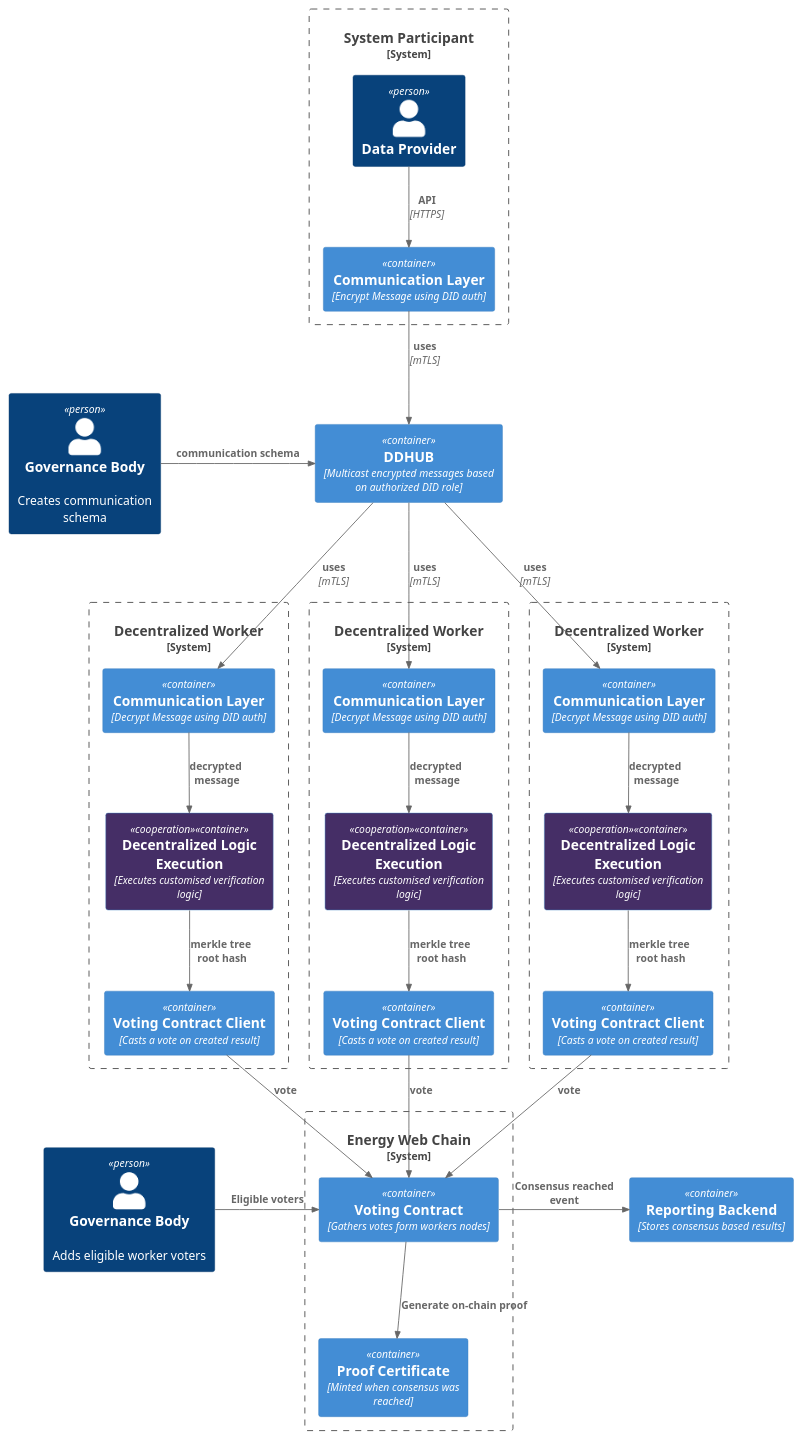
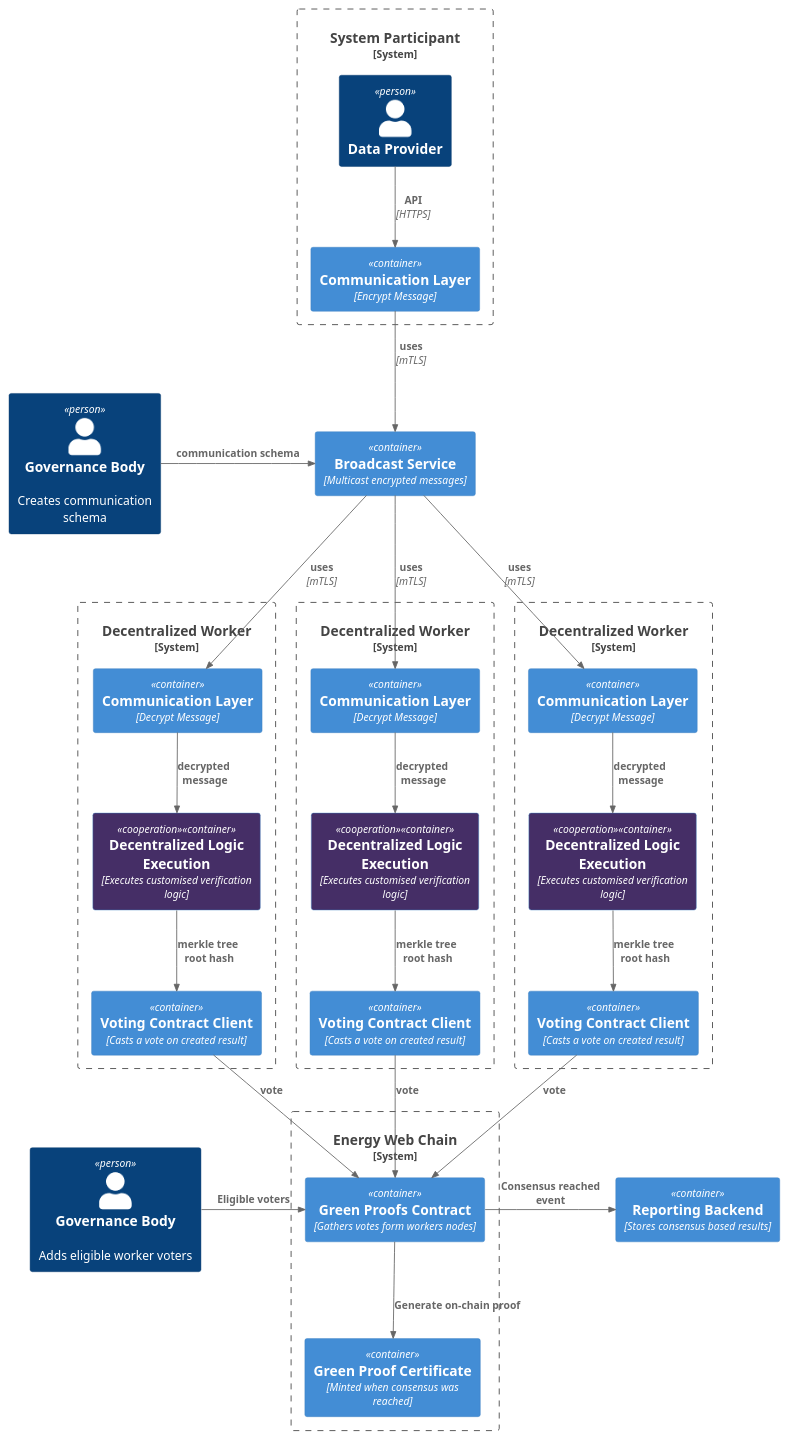
One commit to energywebfoundation/worker-contract changed the diagram in architecture/green_proofs.plantuml. Above: the diagram before and after it, drawn with PlantUML. The commit also changed 82 other files, not shown here.

```diff
--- a/architecture/green_proofs.plantuml
+++ b/architecture/green_proofs.plantuml
@@ -1,65 +1,65 @@
 @startuml GreenProofs
 !include https://raw.githubusercontent.com/plantuml-stdlib/C4-PlantUML/master/C4_Container.puml
 
 AddElementTag("cooperation", $bgColor="#452E66")
 
-Container(ddhub, "DDHUB", "Multicast encrypted messages based on authorized DID role")
+Container(broadcast, "Broadcast Service", "Multicast encrypted messages")
 Container(cache, "Reporting Backend", "Stores consensus based results")
 
 System_Boundary(participant1, "System Participant") {
   Person(provider, "Data Provider")
-  Container(communication_client1, "Communication Layer", "Encrypt Message using DID auth" )
+  Container(communication_client1, "Communication Layer", "Encrypt Message" )
 }
 
 Person(gov, "Governance Body", "Creates communication schema")
 Person(gov_1, "Governance Body", "Adds eligible worker voters")
 
 System_Boundary(worker_node1, "Decentralized Worker") {
-  Container(communication1, "Communication Layer", "Decrypt Message using DID auth" )
+  Container(communication1, "Communication Layer", "Decrypt Message" )
   Container(worker1, "Decentralized Logic Execution", "Executes customised verification logic", $tags="cooperation")
   Container(contractClient1, "Voting Contract Client", "Casts a vote on created result")
 }
 
 System_Boundary(worker_node2, "Decentralized Worker") {
-  Container(communication2, "Communication Layer", "Decrypt Message using DID auth" )
+  Container(communication2, "Communication Layer", "Decrypt Message" )
   Container(worker2, "Decentralized Logic Execution", "Executes customised verification logic", $tags="cooperation")
   Container(contractClient2, "Voting Contract Client", "Casts a vote on created result")
 }
 
 System_Boundary(worker_node3, "Decentralized Worker") {
-  Container(communication3, "Communication Layer", "Decrypt Message using DID auth" )
+  Container(communication3, "Communication Layer", "Decrypt Message" )
   Container(worker3, "Decentralized Logic Execution", "Executes customised verification logic", $tags="cooperation")
   Container(contractClient3, "Voting Contract Client", "Casts a vote on created result")
 }
 
 System_Boundary(ewc, "Energy Web Chain") {
-  Container(votingContract, "Voting Contract", "Gathers votes form workers nodes")
-  Container(nft, "Proof Certificate", "Minted when consensus was reached")
+  Container(votingContract, "Green Proofs Contract", "Gathers votes form workers nodes")
+  Container(nft, "Green Proof Certificate", "Minted when consensus was reached")
 }
 
 Rel(provider, communication_client1, "API", "HTTPS")
-Rel(communication_client1, ddhub, "uses", "mTLS")
+Rel(communication_client1, broadcast, "uses", "mTLS")
 
-Rel_R(gov, ddhub, "communication schema")
+Rel_R(gov, broadcast, "communication schema")
 
 Rel(communication1, worker1, "decrypted\n message")
 Rel(worker1, contractClient1, "merkle tree\n root hash")
 Rel(contractClient1, votingContract, "vote")
-Rel(ddhub, communication1, "uses", "mTLS")
+Rel(broadcast, communication1, "uses", "mTLS")
 
 Rel(communication2, worker2, "decrypted\n message")
 Rel(worker2, contractClient2, "merkle tree\n root hash")
 Rel(contractClient2, votingContract, "vote")
-Rel(ddhub, communication2, "uses", "mTLS")
+Rel(broadcast, communication2, "uses", "mTLS")
 
 Rel(communication3, worker3, "decrypted\n message")
 Rel(worker3, contractClient3, "merkle tree\n root hash")
 Rel(contractClient3, votingContract, "vote")
-Rel(ddhub, communication3, "uses", "mTLS")
+Rel(broadcast, communication3, "uses", "mTLS")
 
 Rel(votingContract, nft, "Generate on-chain proof")
 Rel_R(votingContract, cache, "Consensus reached event")
 Rel_R(gov_1, votingContract, "Eligible voters")
 Lay_L(votingContract, gov_1)
 
 @enduml
```
